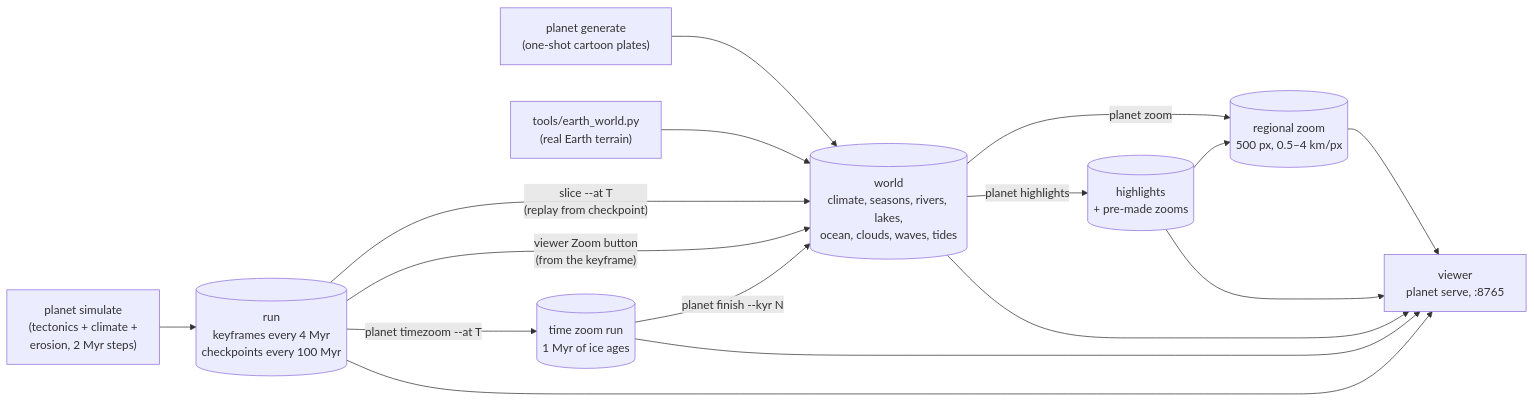
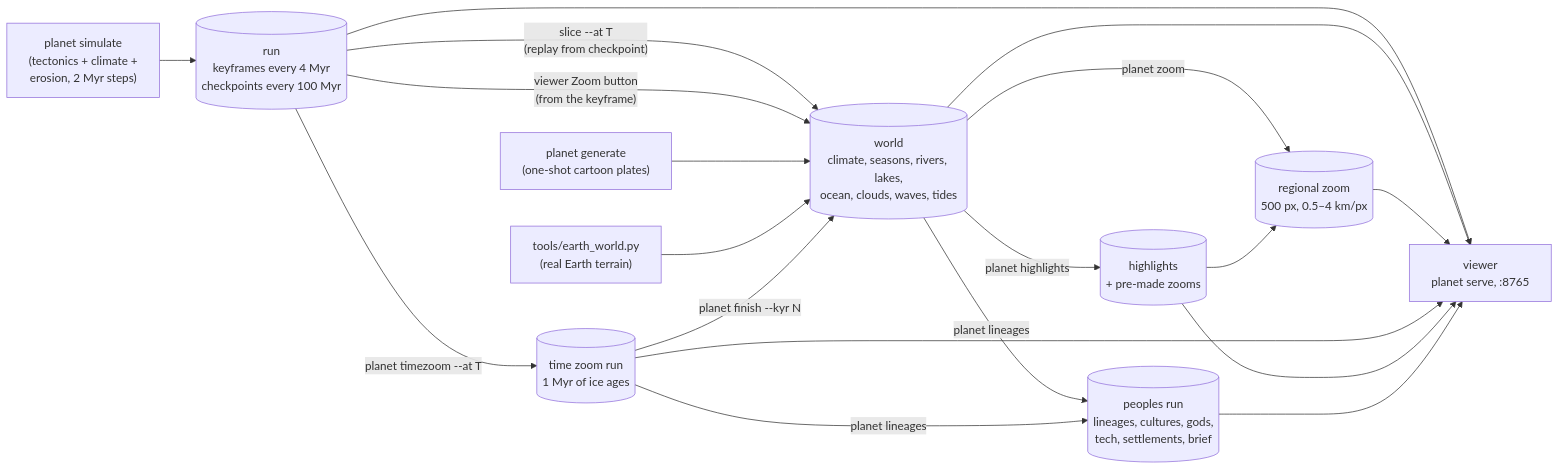
Before and after one commit to engma-linguistics/procedural-world-generation: the first of 2 diagrams in docs/overview.md, drawn with Mermaid. The commit also changed other lines of this file and 294 other files, not shown here.

````diff
--- a/docs/overview.md
+++ b/docs/overview.md
@@ -28,14 +29,15 @@
 ```mermaid
 flowchart LR
   S["planet simulate<br/>(tectonics + climate +<br/>erosion, 2 Myr steps)"] --> R[("run<br/>keyframes every 4 Myr<br/>checkpoints every 100 Myr")]
   R -->|"slice --at T<br/>(replay from checkpoint)"| W[("world<br/>climate, seasons, rivers, lakes,<br/>ocean, clouds, waves, tides")]
   R -->|"viewer Zoom button<br/>(from the keyframe)"| W
   G["planet generate<br/>(one-shot cartoon plates)"] --> W
   E["tools/earth_world.py<br/>(real Earth terrain)"] --> W
   W -->|"planet zoom"| Z[("regional zoom<br/>500 px, 0.5–4 km/px")]
   R -->|"planet timezoom --at T"| T[("time zoom run<br/>1 Myr of ice ages")]
   T -->|"planet finish --kyr N"| W
+  W & T -->|"planet lineages"| P[("peoples run<br/>lineages, cultures, gods,<br/>tech, settlements, brief")]
   W -->|"planet highlights"| H[("highlights<br/>+ pre-made zooms")]
   H --> Z
-  R & W & Z & T & H --> V["viewer<br/>planet serve, :8765"]
+  R & W & Z & T & H & P --> V["viewer<br/>planet serve, :8765"]
 ```
````
